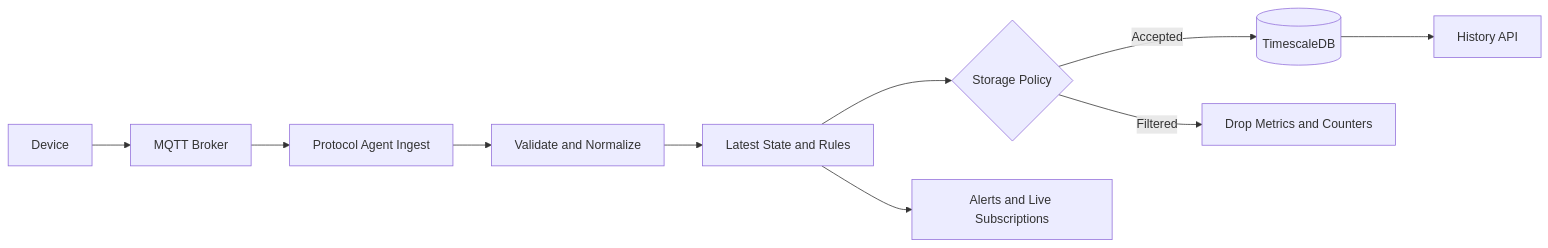
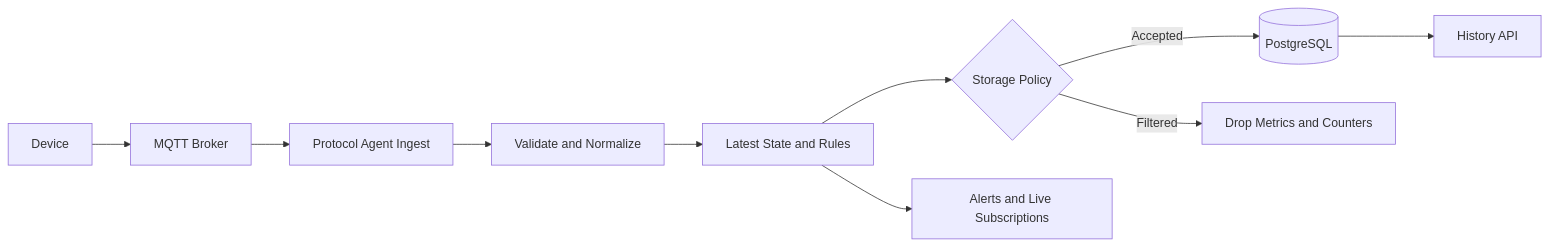
One commit to fhernaez/open-asset-platform changed the first of 3 diagrams in docs/architecture/C4_DATAFLOWS.md. Above: the diagram before and after it, drawn with Mermaid. The commit also changed other lines of this file and 80 other files, not shown here.

Commit message:
refactor: PostgreSQL plano + PostGIS sin hypertables (ADR-013); docs y grafo actualizados

````diff
--- a/docs/architecture/C4_DATAFLOWS.md
+++ b/docs/architecture/C4_DATAFLOWS.md
@@ -4,12 +4,12 @@
 ```mermaid
 flowchart LR
   D[Device] --> M[MQTT Broker]
   M --> I[Protocol Agent Ingest]
   I --> V[Validate and Normalize]
   V --> C[Latest State and Rules]
   C --> P{Storage Policy}
-  P -->|Accepted| T[(TimescaleDB)]
+  P -->|Accepted| T[(PostgreSQL)]
   P -->|Filtered| X[Drop Metrics and Counters]
   C --> A[Alerts and Live Subscriptions]
   T --> Q[History API]
 ```
````
